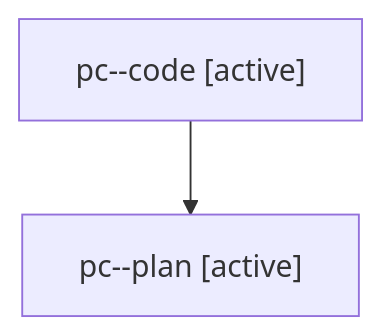
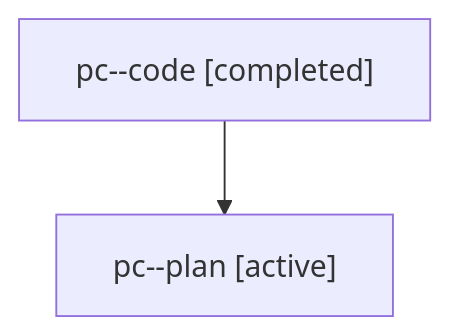
One commit to sase-org/sase--agents changed the diagram in families/bbugyi200.athena.pc.md. Above: the diagram before and after it, drawn with Mermaid. The commit also changed other lines of this file and 5813 other files, not shown here.

````diff
--- a/families/bbugyi200.athena.pc.md
+++ b/families/bbugyi200.athena.pc.md
@@ -9,6 +9,6 @@
 ```mermaid
 flowchart TD
-  n0["pc--code [active]"]
+  n0["pc--code [completed]"]
   n1["pc--plan [active]"]
   n0 --> n1
 ```
````
